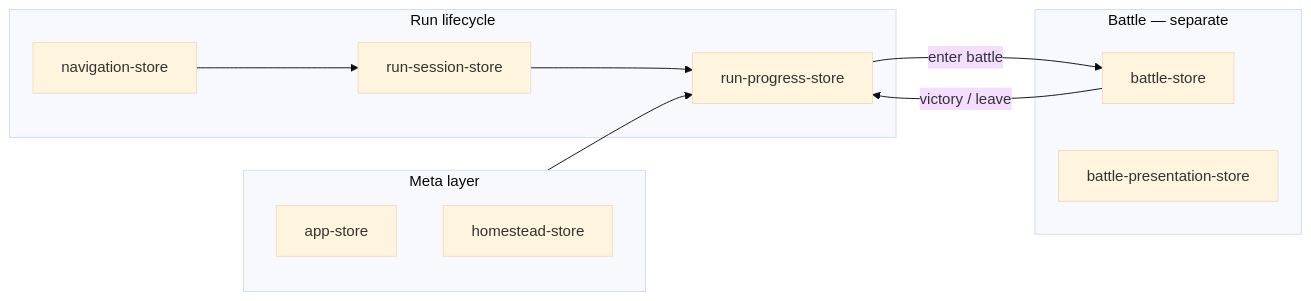
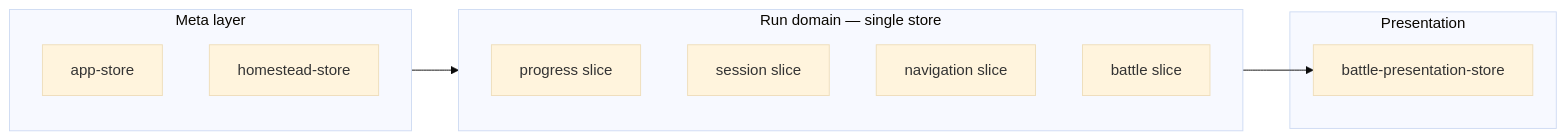
Before and after one commit to Talyen/Alchemy: the second of 2 diagrams in src/lib/active-run-session/RUN_STATE.md, drawn with Mermaid (base theme). The commit also changed other lines of this file and 71 other files, not shown here.

First line of the commit message:
refactor(stores): finish run domain consolidation and remove legacy shims

````diff
--- a/src/lib/active-run-session/RUN_STATE.md
+++ b/src/lib/active-run-session/RUN_STATE.md
@@ -116,21 +89,18 @@
 ```mermaid
 flowchart LR
   subgraph meta [Meta layer]
     appStore[app-store]
     homesteadStore[homestead-store]
   end
-  subgraph runLayer [Run lifecycle]
-    runProgress[run-progress-store]
-    runSession[run-session-store]
-    navigation[navigation-store]
+  subgraph runDomain [Run domain — single store]
+    progress[progress slice]
+    session[session slice]
+    navigation[navigation slice]
+    battle[battle slice]
   end
-  subgraph battle [Battle — separate]
-    battleStore[battle-store]
-    presentationStore[battle-presentation-store]
+  subgraph presentation [Presentation]
+    battlePresentation[battle-presentation-store]
   end
-  meta --> runProgress
-  runProgress -->|enter battle| battleStore
-  battleStore -->|victory / leave| runProgress
-  runSession --> runProgress
-  navigation --> runSession
+  meta --> runDomain
+  runDomain --> battlePresentation
 ```
````
